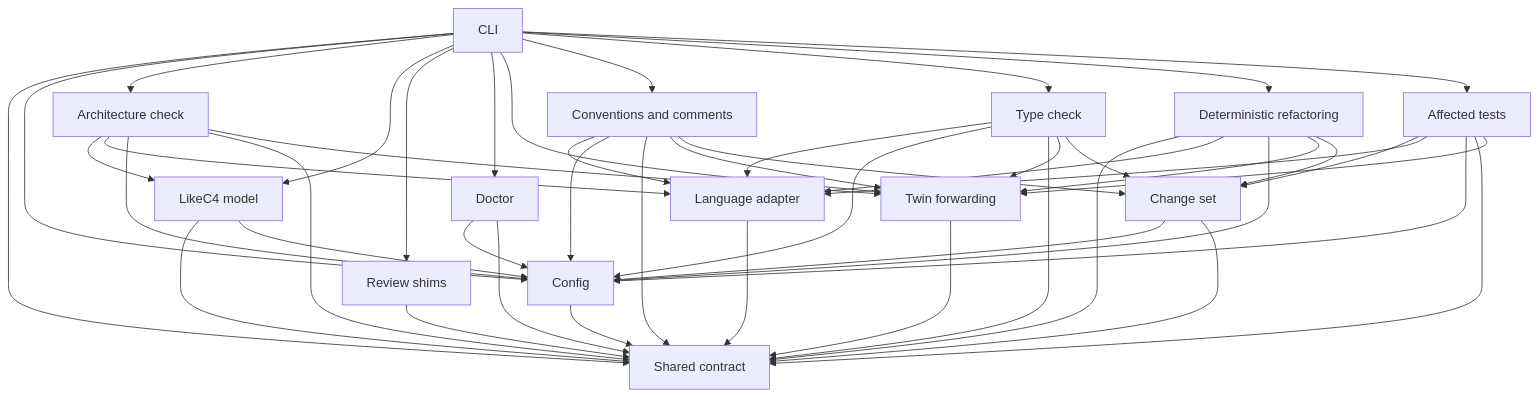
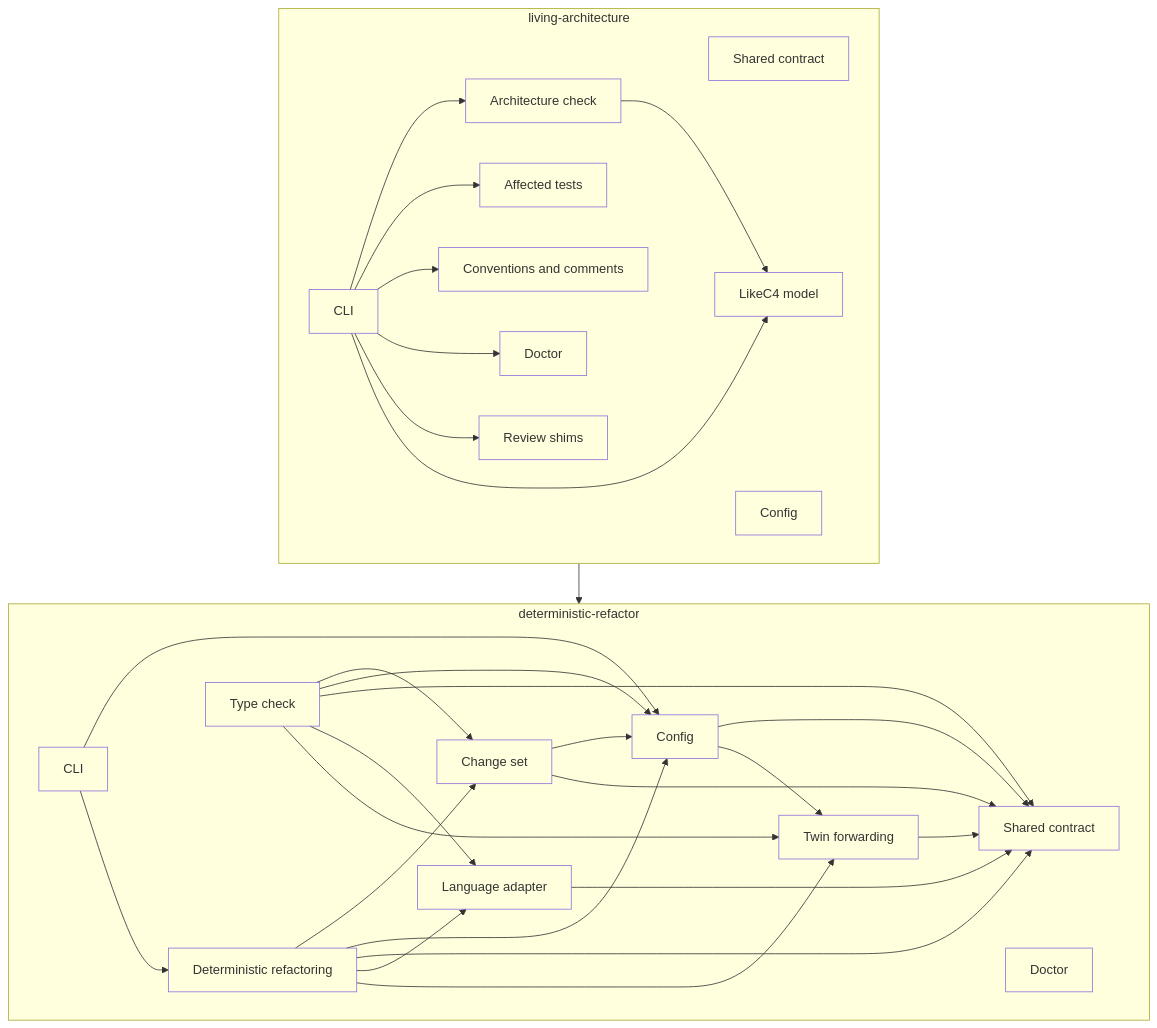
One commit to MotleyAI/living-architecture changed the second of 2 diagrams in architecture/system.arc42.md. Above: the diagram before and after it, drawn with Mermaid. The commit also changed other lines of this file and 41 other files, not shown here.

````diff
--- a/architecture/system.arc42.md
+++ b/architecture/system.arc42.md
@@ -81,64 +72,54 @@
 ```mermaid
 flowchart TD
   %% npm: npm twin
-  contract["Shared contract"]
-  config["Config"]
-  cli["CLI"]
-  c4["LikeC4 model"]
-  archcheck["Architecture check"]
-  lang["Language adapter"]
-  review["Review shims"]
-  doctor["Doctor"]
-  twin["Twin forwarding"]
-  conventions["Conventions and comments"]
-  typecheck["Type check"]
-  refactor["Deterministic refactoring"]
-  changes["Change set"]
-  affected["Affected tests"]
-  cli --> contract
-  cli --> config
-  cli --> archcheck
-  cli --> c4
-  cli --> review
-  cli --> doctor
-  cli --> twin
-  archcheck --> c4
-  archcheck --> lang
-  archcheck --> config
-  archcheck --> contract
-  archcheck --> twin
-  lang --> contract
-  c4 --> contract
-  c4 --> config
-  config --> contract
-  review --> contract
-  doctor --> config
-  doctor --> contract
-  twin --> contract
-  cli --> conventions
-  cli --> typecheck
-  conventions --> lang
-  conventions --> config
-  conventions --> contract
-  conventions --> twin
-  typecheck --> lang
-  typecheck --> config
-  typecheck --> contract
-  typecheck --> twin
-  typecheck --> changes
-  cli --> refactor
-  refactor --> contract
-  refactor --> lang
-  refactor --> config
-  refactor --> twin
-  refactor --> changes
-  cli --> affected
-  affected --> changes
-  affected --> lang
-  affected --> config
-  affected --> contract
-  affected --> twin
-  conventions --> changes
-  changes --> config
-  changes --> contract
+  subgraph dr["deterministic-refactor"]
+    dr__contract["Shared contract"]
+    dr__config["Config"]
+    dr__lang["Language adapter"]
+    dr__twin["Twin forwarding"]
+    dr__changes["Change set"]
+    dr__typecheck["Type check"]
+    dr__refactor["Deterministic refactoring"]
+    dr__doctor["Doctor"]
+    dr__cli["CLI"]
+  end
+  subgraph la["living-architecture"]
+    la__contract["Shared contract"]
+    la__config["Config"]
+    la__cli["CLI"]
+    la__c4["LikeC4 model"]
+    la__archcheck["Architecture check"]
+    la__conventions["Conventions and comments"]
+    la__review["Review shims"]
+    la__doctor["Doctor"]
+    la__affected["Affected tests"]
+  end
+  la --> dr
+  dr__changes --> dr__config
+  dr__changes --> dr__contract
+  dr__cli --> dr__config
+  dr__cli --> dr__refactor
+  dr__config --> dr__contract
+  dr__config --> dr__twin
+  dr__lang --> dr__contract
+  dr__refactor --> dr__changes
+  dr__refactor --> dr__config
+  dr__refactor --> dr__contract
+  dr__refactor --> dr__lang
+  dr__refactor --> dr__twin
+  dr__twin --> dr__contract
+  dr__typecheck --> dr__changes
+  dr__typecheck --> dr__config
+  dr__typecheck --> dr__contract
+  dr__typecheck --> dr__lang
+  dr__typecheck --> dr__twin
+  la__archcheck --> la__c4
+  la__cli --> la__affected
+  la__cli --> la__archcheck
+  la__cli --> la__c4
+  la__cli --> la__conventions
+  la__cli --> la__doctor
+  la__cli --> la__review
+  classDef leaf fill:none;
+  class dr__contract,dr__config,dr__lang,dr__twin,dr__changes,dr__typecheck,dr__refactor,dr__doctor,dr__cli,la__contract,la__config,la__cli,la__c4,la__archcheck,la__conventions,la__review,la__doctor,la__affected leaf;
 ```
````
